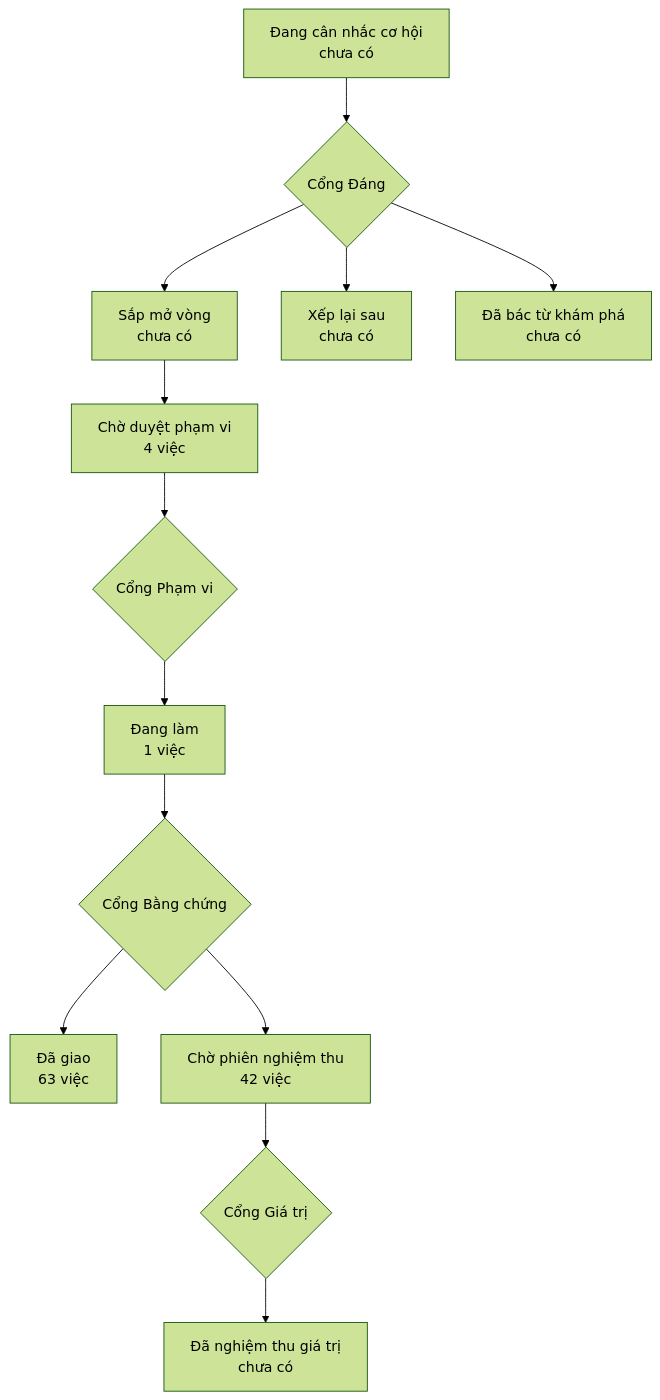
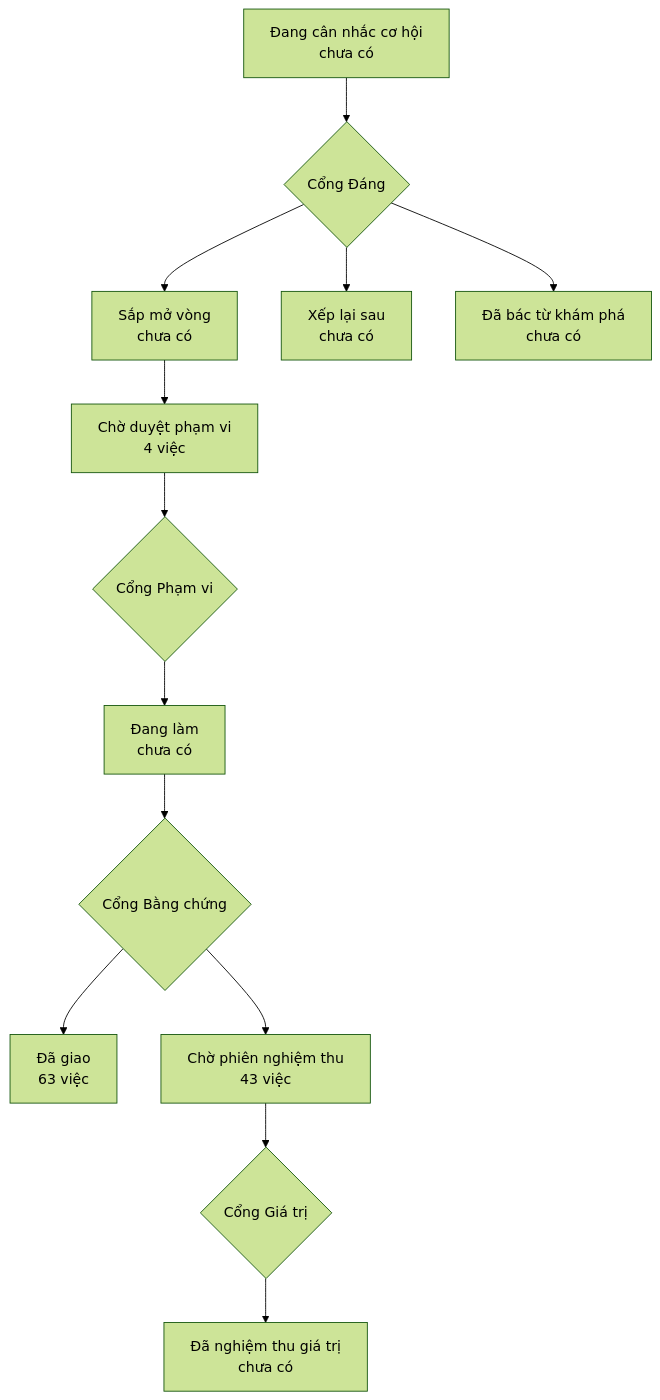
The diagram in PRODUCT-MAP.md (phanlemanh/onehub-invest), drawn with Mermaid (forest theme) before and after one commit. The commit also changed other lines of this file and 4 other files, not shown here.

````diff
--- a/PRODUCT-MAP.md
+++ b/PRODUCT-MAP.md
@@ -7,12 +7,12 @@
 ```mermaid
 flowchart TD
   A["Đang cân nhắc cơ hội<br/>chưa có"] --> GD{"Cổng Đáng"}
   GD --> B["Sắp mở vòng<br/>chưa có"]
   GD --> XL["Xếp lại sau<br/>chưa có"]
   GD --> DB["Đã bác từ khám phá<br/>chưa có"]
   B --> CD["Chờ duyệt phạm vi<br/>4 việc"] --> GP{"Cổng Phạm vi"}
-  GP --> DL["Đang làm<br/>1 việc"] --> GB{"Cổng Bằng chứng"}
+  GP --> DL["Đang làm<br/>chưa có"] --> GB{"Cổng Bằng chứng"}
   GB --> DG["Đã giao<br/>63 việc"]
-  GB --> CN["Chờ phiên nghiệm thu<br/>42 việc"] --> GG{"Cổng Giá trị"}
+  GB --> CN["Chờ phiên nghiệm thu<br/>43 việc"] --> GG{"Cổng Giá trị"}
   GG --> NT["Đã nghiệm thu giá trị<br/>chưa có"]
 ```
````
